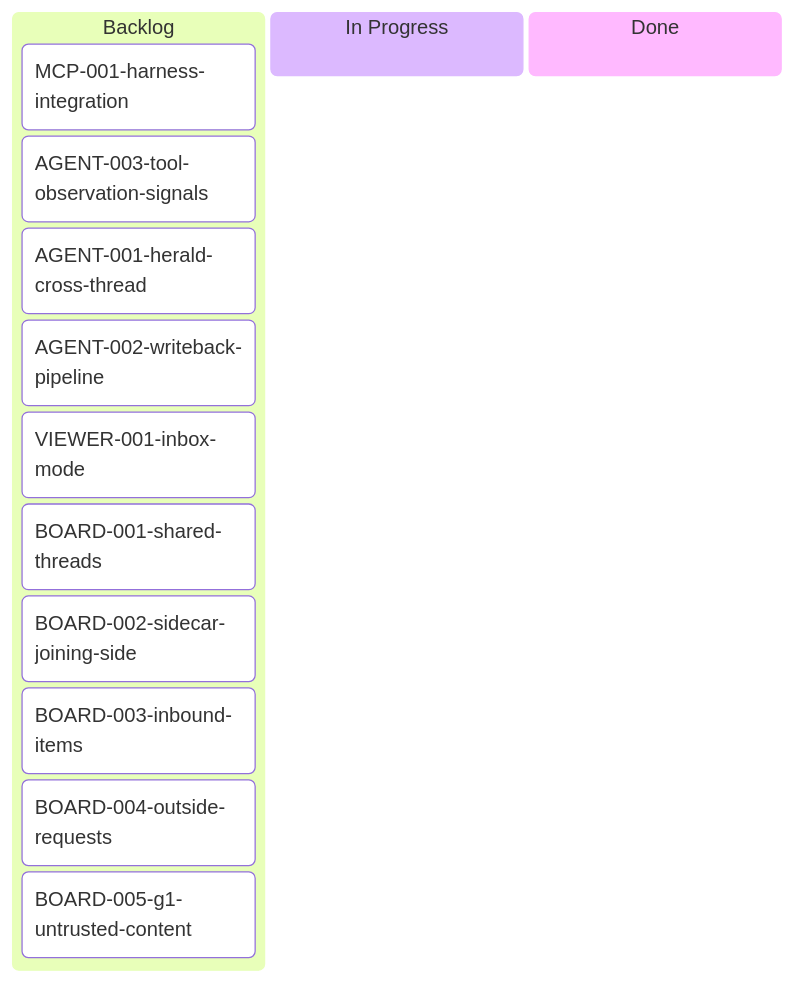
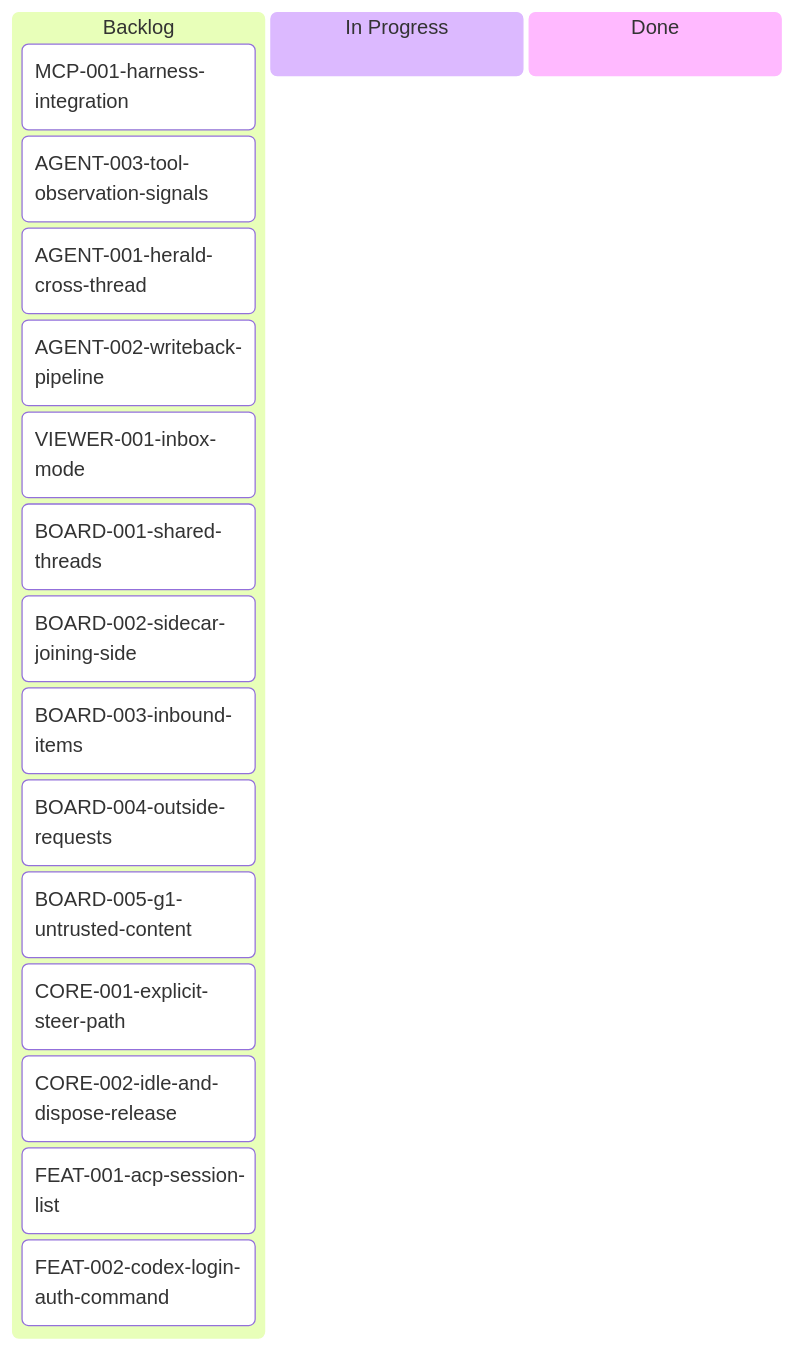
The diagram in tickets/kanban-backlog.md (inixiative/foundry), drawn with Mermaid before and after one commit. The commit also changed other lines of this file and 4 other files, not shown here.

````diff
--- a/tickets/kanban-backlog.md
+++ b/tickets/kanban-backlog.md
@@ -3,21 +3,25 @@
 ```mermaid
 ---
 config:
   kanban:
     ticketBaseUrl: 'https://github.com/inixiative/foundry/blob/main/tickets/#TICKET#.md'
 ---
 kanban
   Backlog
     MCP-001-harness-integration
     AGENT-003-tool-observation-signals
     AGENT-001-herald-cross-thread
     AGENT-002-writeback-pipeline
     VIEWER-001-inbox-mode
     BOARD-001-shared-threads
     BOARD-002-sidecar-joining-side
     BOARD-003-inbound-items
     BOARD-004-outside-requests
     BOARD-005-g1-untrusted-content
+    CORE-001-explicit-steer-path
+    CORE-002-idle-and-dispose-release
+    FEAT-001-acp-session-list
+    FEAT-002-codex-login-auth-command
   In Progress
   Done
 ```
````
